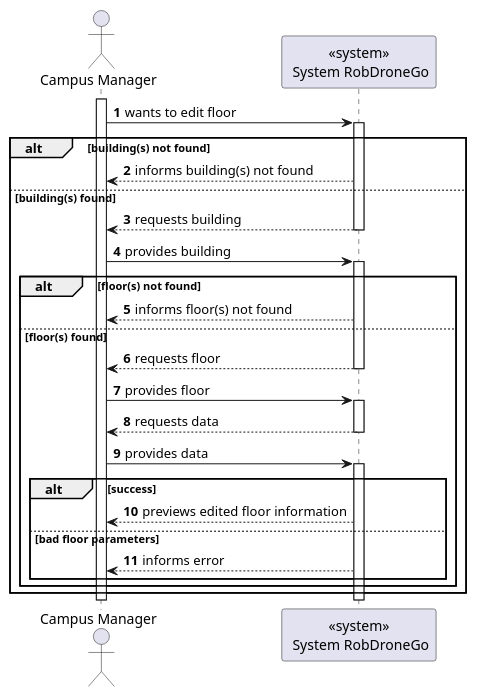
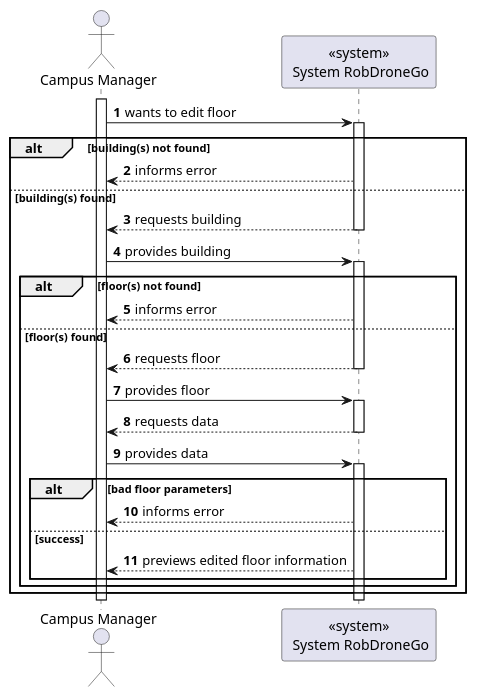
The diagram in docs/us1110/level1/process-view.puml (Departamento-de-Engenharia-Informatica/lapr5-23-24-g19), drawn with PlantUML before and after one commit. The commit also changed 11 other files, not shown here.

```diff
--- a/docs/us1110/level1/process-view.puml
+++ b/docs/us1110/level1/process-view.puml
@@ -1,43 +1,43 @@
 @startuml
 autonumber
 
 actor "Campus Manager" as usr
 
 participant "<<system>>\n System RobDroneGo" as sys
 
 activate usr
     usr -> sys : wants to edit floor
     activate sys
     alt building(s) not found
-        sys --> usr : informs building(s) not found
+        sys --> usr : informs error
     else building(s) found
 
         sys --> usr : requests building
     deactivate sys
 
     usr -> sys : provides building
     activate sys
         alt floor(s) not found
-            sys --> usr : informs floor(s) not found
+            sys --> usr : informs error
         else floor(s) found
             sys --> usr : requests floor
             deactivate sys
 
             usr -> sys : provides floor
             activate sys
                 sys --> usr : requests data
             deactivate sys
 
     usr -> sys : provides data
     activate sys
-        alt success
+        alt bad floor parameters
+            sys --> usr : informs error
+        else success
             sys --> usr : previews edited floor information
-        else bad floor parameters
-            sys --> usr : informs error
         end
     end
 end
     deactivate sys
 deactivate usr
 
 @enduml
```
